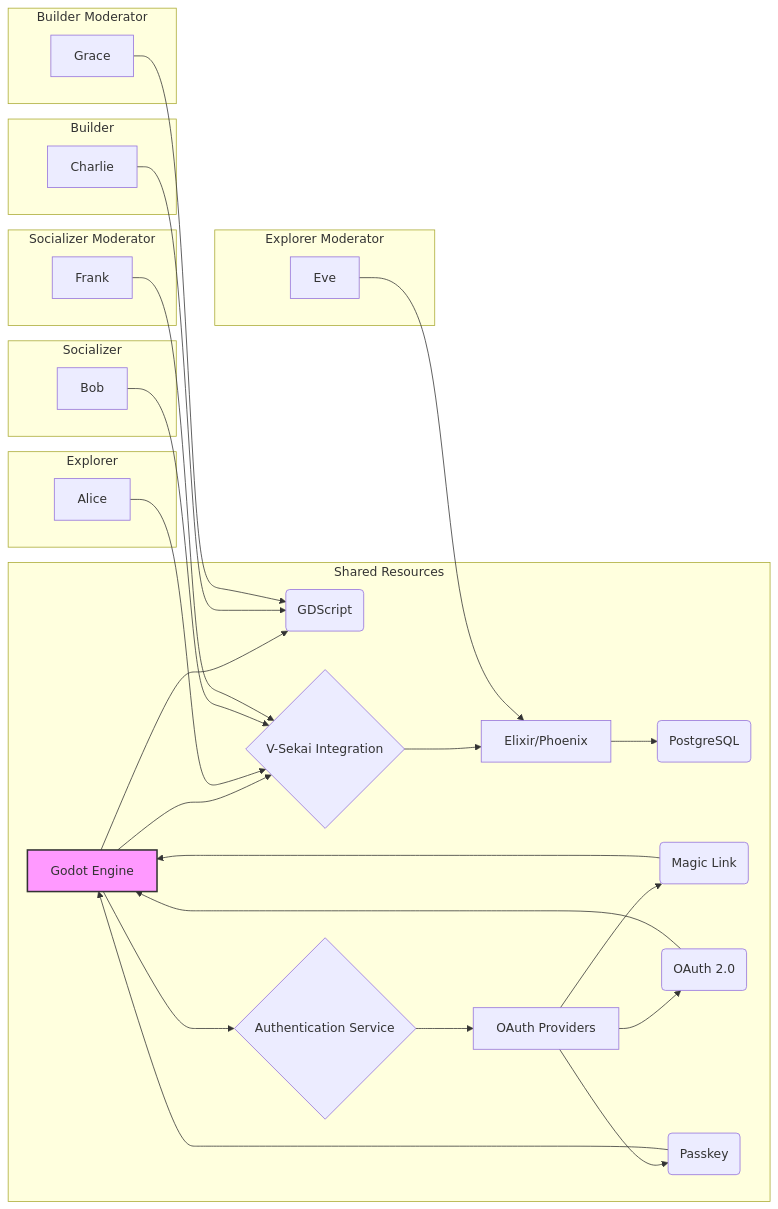
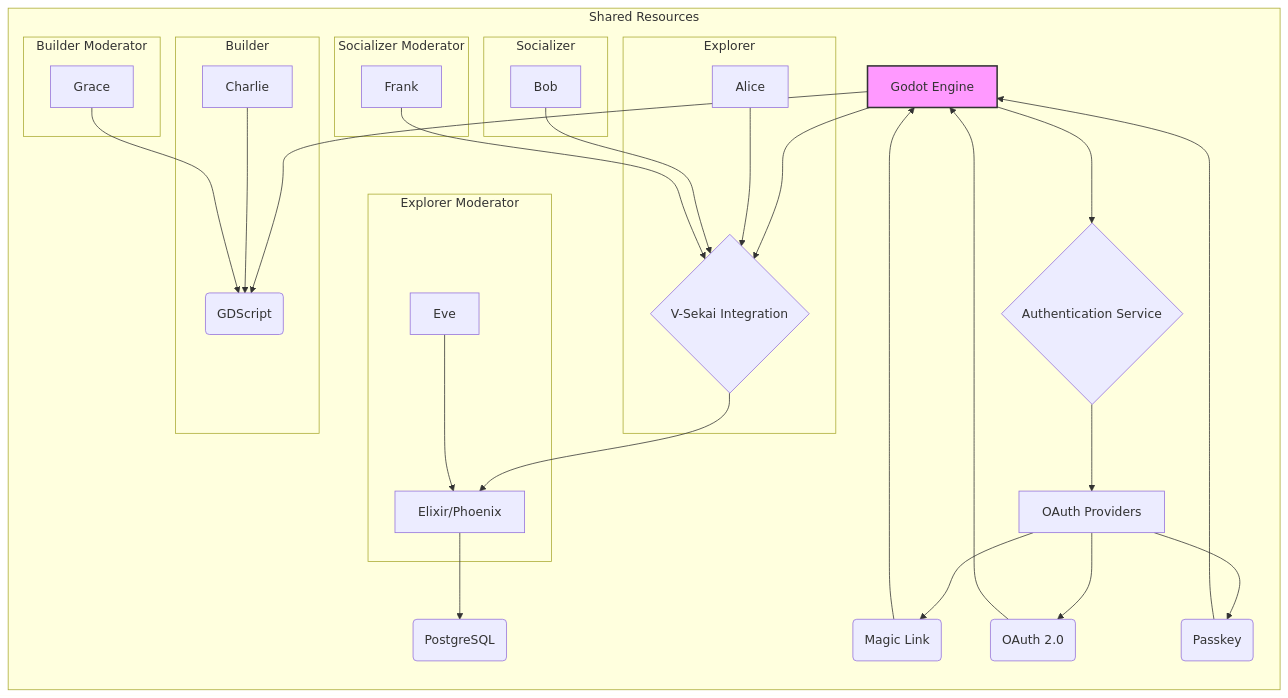
Before and after one commit to V-Sekai/manuals: the diagram in decisions/20241229-one-prototyping-stack.md, drawn with Mermaid.

Commit message:
Nest more.

````diff
--- a/decisions/20241229-one-prototyping-stack.md
+++ b/decisions/20241229-one-prototyping-stack.md
@@ -35,38 +35,38 @@
 ```mermaid
 graph LR
     subgraph "Shared Resources"
         A[Godot Engine] --> B(GDScript)
         A --> C{V-Sekai Integration}
         C --> D[Elixir/Phoenix]
         D --> E(PostgreSQL)
         A --> F{Authentication Service}
         F --> G[OAuth Providers]
         G --> H(Magic Link)
         G --> I(OAuth 2.0)
         G --> J(Passkey)
         H --> A
         I --> A
         J --> A
-    end
 
-    subgraph "Explorer"
-        M[Alice] --> C
-    end
-    subgraph "Socializer"
-        N[Bob] --> C
-    end
-    subgraph "Builder"
-        O[Charlie] --> B
-    end
-    subgraph "Explorer Moderator"
-        Q[Eve] --> D
-    end
-    subgraph "Socializer Moderator"
-        R[Frank] --> C
-    end
-    subgraph "Builder Moderator"
-        S[Grace] --> B
+        subgraph "Explorer"
+            M[Alice] --> C
+        end
+        subgraph "Socializer"
+            N[Bob] --> C
+        end
+        subgraph "Builder"
+            O[Charlie] --> B
+        end
+        subgraph "Explorer Moderator"
+            Q[Eve] --> D
+        end
+        subgraph "Socializer Moderator"
+            R[Frank] --> C
+        end
+        subgraph "Builder Moderator"
+            S[Grace] --> B
+        end
     end
 
     style A fill:#f9f,stroke:#333,stroke-width:2px
 ```
````
